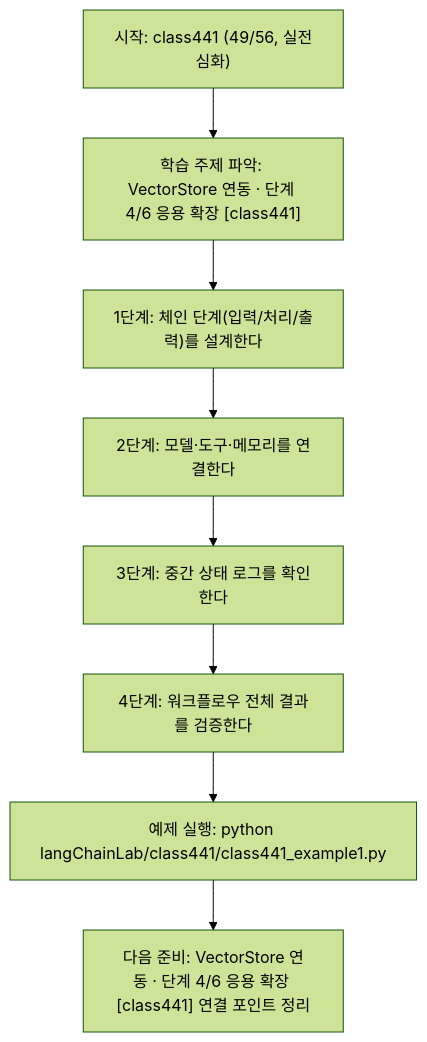
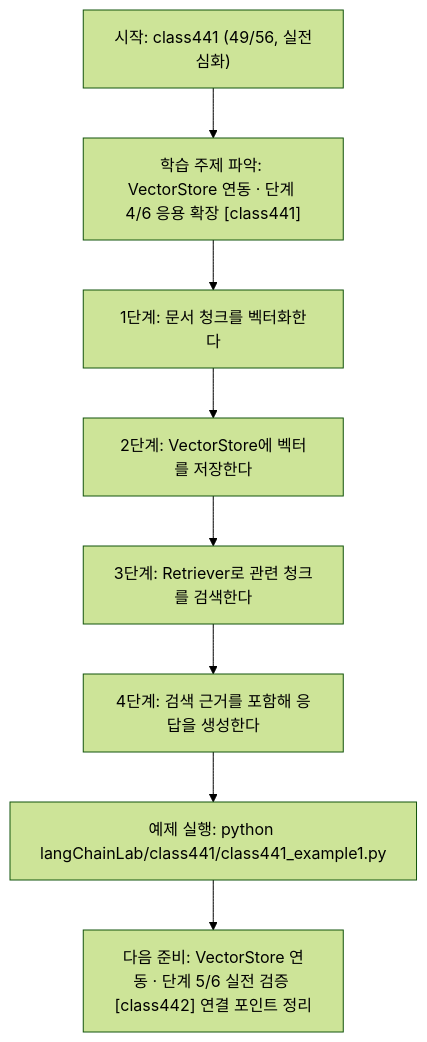
The diagram in langChainLab/class441/class441.md (edumgt/Python-AI_Agent-Class), drawn with Mermaid (forest theme) before and after one commit. The commit also changed other lines of this file and 395 other files, not shown here.

````diff
--- a/langChainLab/class441/class441.md
+++ b/langChainLab/class441/class441.md
@@ -109,18 +91,18 @@
 ```mermaid
 flowchart TD
 N1["시작: class441 (49/56, 실전심화)"]
 N2["학습 주제 파악: VectorStore 연동 · 단계 4/6 응용 확장 [class441]"]
-N3["1단계: 체인 단계(입력/처리/출력)를 설계한다"]
-N4["2단계: 모델·도구·메모리를 연결한다"]
-N5["3단계: 중간 상태 로그를 확인한다"]
-N6["4단계: 워크플로우 전체 결과를 검증한다"]
+N3["1단계: 문서 청크를 벡터화한다"]
+N4["2단계: VectorStore에 벡터를 저장한다"]
+N5["3단계: Retriever로 관련 청크를 검색한다"]
+N6["4단계: 검색 근거를 포함해 응답을 생성한다"]
 N7["예제 실행: python langChainLab/class441/class441_example1.py"]
-N8["다음 준비: VectorStore 연동 · 단계 4/6 응용 확장 [class441] 연결 포인트 정리"]
+N8["다음 준비: VectorStore 연동 · 단계 5/6 실전 검증 [class442] 연결 포인트 정리"]
 N1 --> N2
 N2 --> N3
 N3 --> N4
 N4 --> N5
 N5 --> N6
 N6 --> N7
 N7 --> N8
 ```
````
